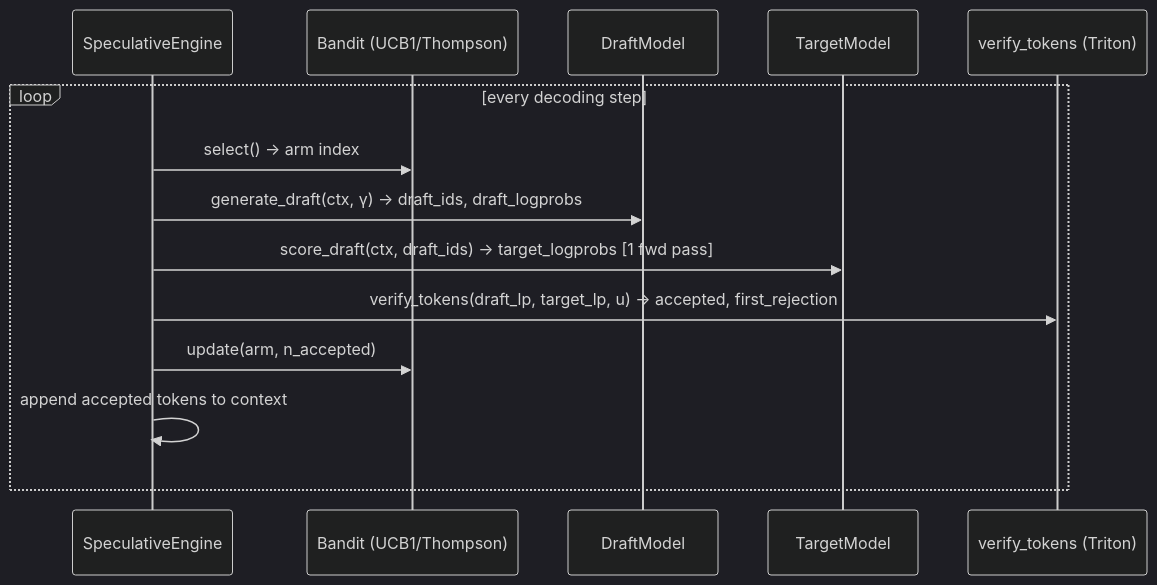
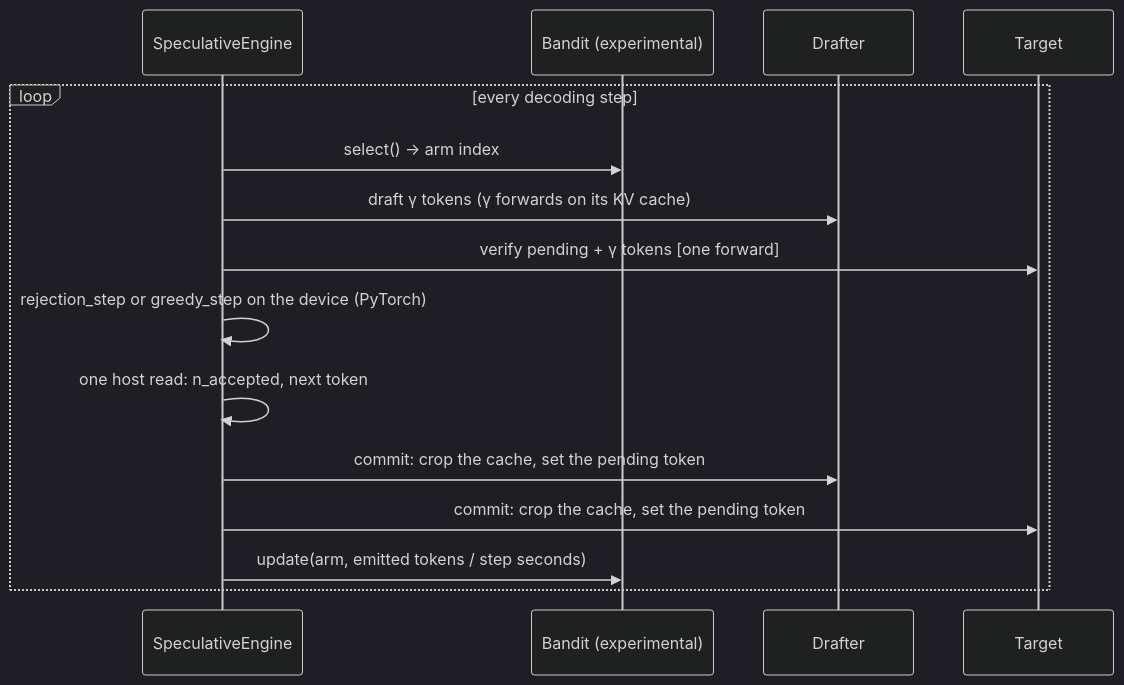
Before and after one commit to Mattral/FlashSpec: the diagram in README.md, drawn with Mermaid (dark theme). The commit also changed other lines of this file and 9 other files, not shown here.

````diff
--- a/README.md
+++ b/README.md
@@ -395,17 +437,18 @@
 ```mermaid
 sequenceDiagram
     participant E as SpeculativeEngine
-    participant B as Bandit (UCB1/Thompson)
-    participant D as DraftModel
-    participant T as TargetModel
-    participant K as verify_tokens (Triton)
+    participant B as Bandit (experimental)
+    participant D as Drafter
+    participant T as Target
 
     loop every decoding step
         E->>B: select() → arm index
-        E->>D: generate_draft(ctx, γ) → draft_ids, draft_logprobs
-        E->>T: score_draft(ctx, draft_ids) → target_logprobs  [1 fwd pass]
-        E->>K: verify_tokens(draft_lp, target_lp, u) → accepted, first_rejection
-        E->>B: update(arm, n_accepted)
-        E->>E: append accepted tokens to context
+        E->>D: draft γ tokens (γ forwards on its KV cache)
+        E->>T: verify pending + γ tokens [one forward]
+        E->>E: rejection_step or greedy_step on the device (PyTorch)
+        E->>E: one host read: n_accepted, next token
+        E->>D: commit: crop the cache, set the pending token
+        E->>T: commit: crop the cache, set the pending token
+        E->>B: update(arm, emitted tokens / step seconds)
     end
 ```
````
